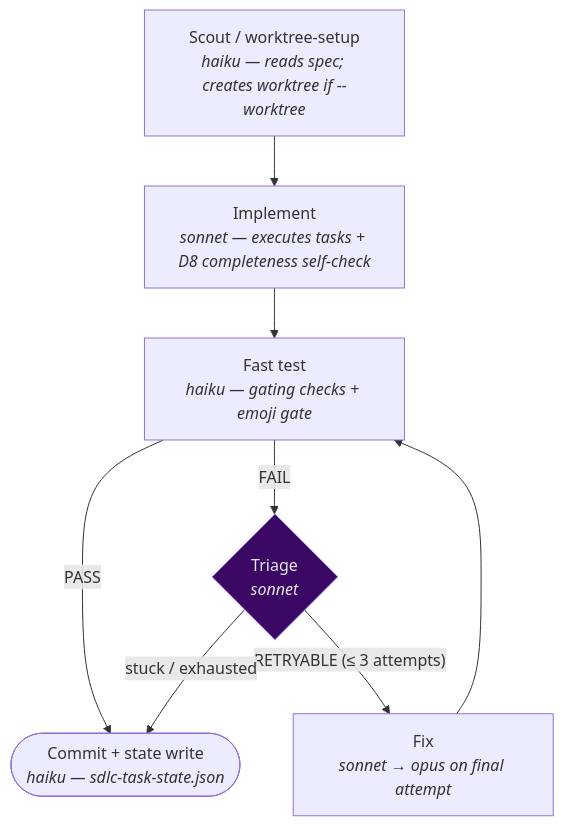
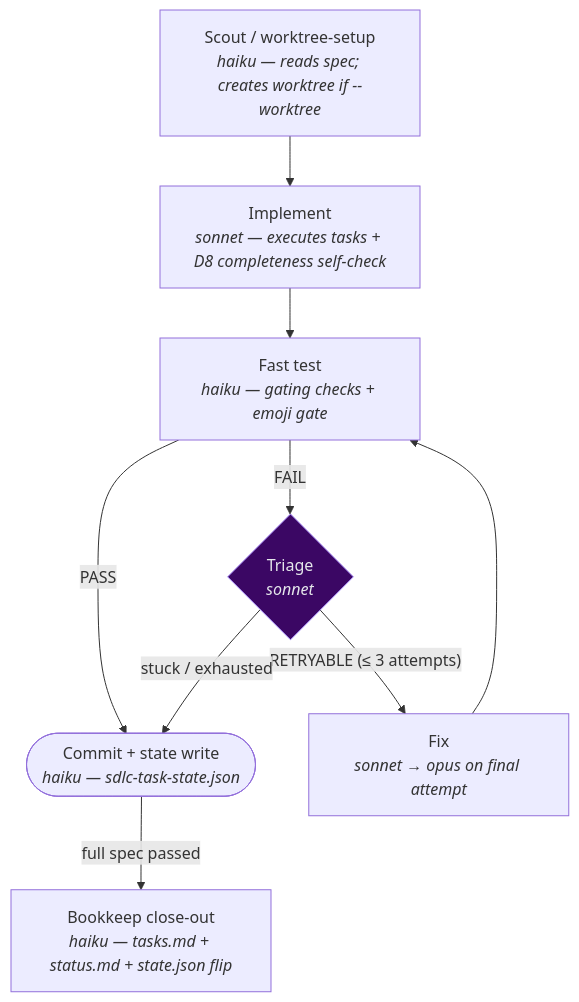
Before and after one commit to bredmond1019/agentic-base-template: the first of 2 diagrams in docs/workflows/sdlc-task.md, drawn with Mermaid. The commit also changed other lines of this file and 4 other files, not shown here.

````diff
--- a/docs/workflows/sdlc-task.md
+++ b/docs/workflows/sdlc-task.md
@@ -47,12 +47,13 @@
 ```mermaid
 flowchart TD
     Scout["Scout / worktree-setup<br/><i>haiku — reads spec; creates worktree if --worktree</i>"] --> Implement["Implement<br/><i>sonnet — executes tasks + D8 completeness self-check</i>"]
     Implement --> Test["Fast test<br/><i>haiku — gating checks + emoji gate</i>"]
     Test -- "PASS" --> Commit(["Commit + state write<br/><i>haiku — sdlc-task-state.json</i>"])
     Test -- "FAIL" --> Triage{"Triage<br/><i>sonnet</i>"}
     Triage -- "RETRYABLE (≤ 3 attempts)" --> Fix["Fix<br/><i>sonnet → opus on final attempt</i>"] --> Test
     Triage -- "stuck / exhausted" --> Commit
+    Commit -- "full spec passed" --> Bookkeep["Bookkeep close-out<br/><i>haiku — tasks.md + status.md + state.json flip</i>"]
 
     classDef gate fill:#3b0764,stroke:#a78bfa,color:#e5e7eb;
     class Triage gate;
 ```
````
